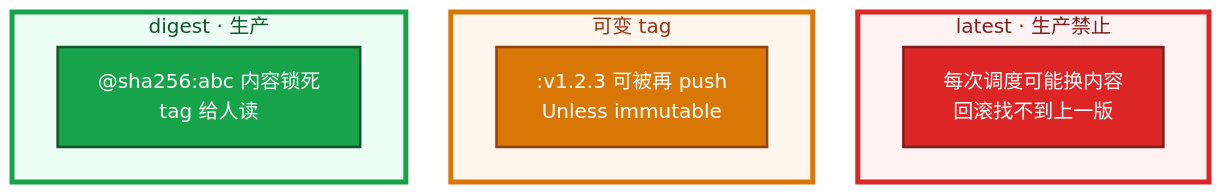
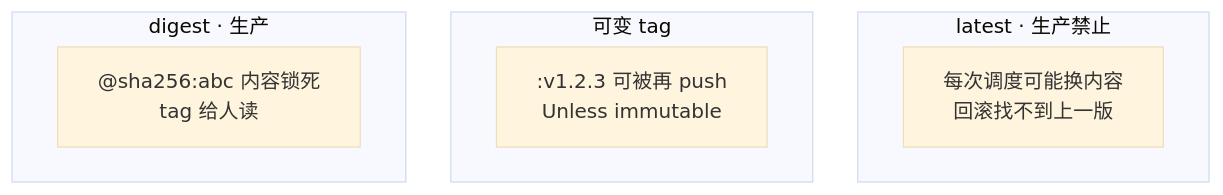
Before and after one commit to ml-cuizijun/LearnToLilith: the third of 6 diagrams in 04-工程化与自动化/03-制品与镜像/知识点.md, drawn with Mermaid. The commit also changed other lines of this file and 470 other files, not shown here.

````diff
--- a/04-工程化与自动化/03-制品与镜像/知识点.md
+++ b/04-工程化与自动化/03-制品与镜像/知识点.md
@@ -125,24 +118,18 @@
 ```mermaid
 %%{init: {"flowchart": {"padding": 16, "nodeSpacing": 36, "rankSpacing": 48}, "theme": "base"}}%%
 flowchart TB
     subgraph lat ["latest · 生产禁止"]
         l1["每次调度可能换内容<br/>回滚找不到上一版"]
     end
     subgraph tag ["可变 tag"]
         t1[":v1.2.3 可被再 push<br/>Unless immutable"]
     end
     subgraph dig ["digest · 生产"]
         d1["@sha256:abc 内容锁死<br/>tag 给人读"]
     end
 
-    classDef bad fill:#DC2626,stroke:#7F1D1D,stroke-width:2px,color:#fff
-    classDef warn fill:#D97706,stroke:#92400E,stroke-width:2px,color:#fff
-    classDef ok fill:#16A34A,stroke:#14532D,stroke-width:2px,color:#fff
     class l1 bad
     class t1 warn
     class d1 ok
 
-    style lat fill:#FEF2F2,stroke:#DC2626,stroke-width:4px,color:#7F1D1D
-    style tag fill:#FFF7ED,stroke:#D97706,stroke-width:4px,color:#9A3412
-    style dig fill:#ECFDF5,stroke:#16A34A,stroke-width:4px,color:#14532D
 ```
````
